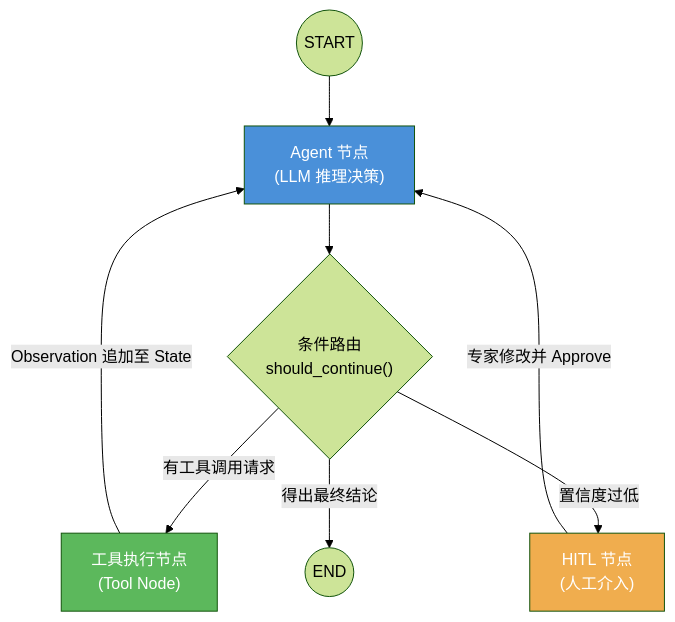
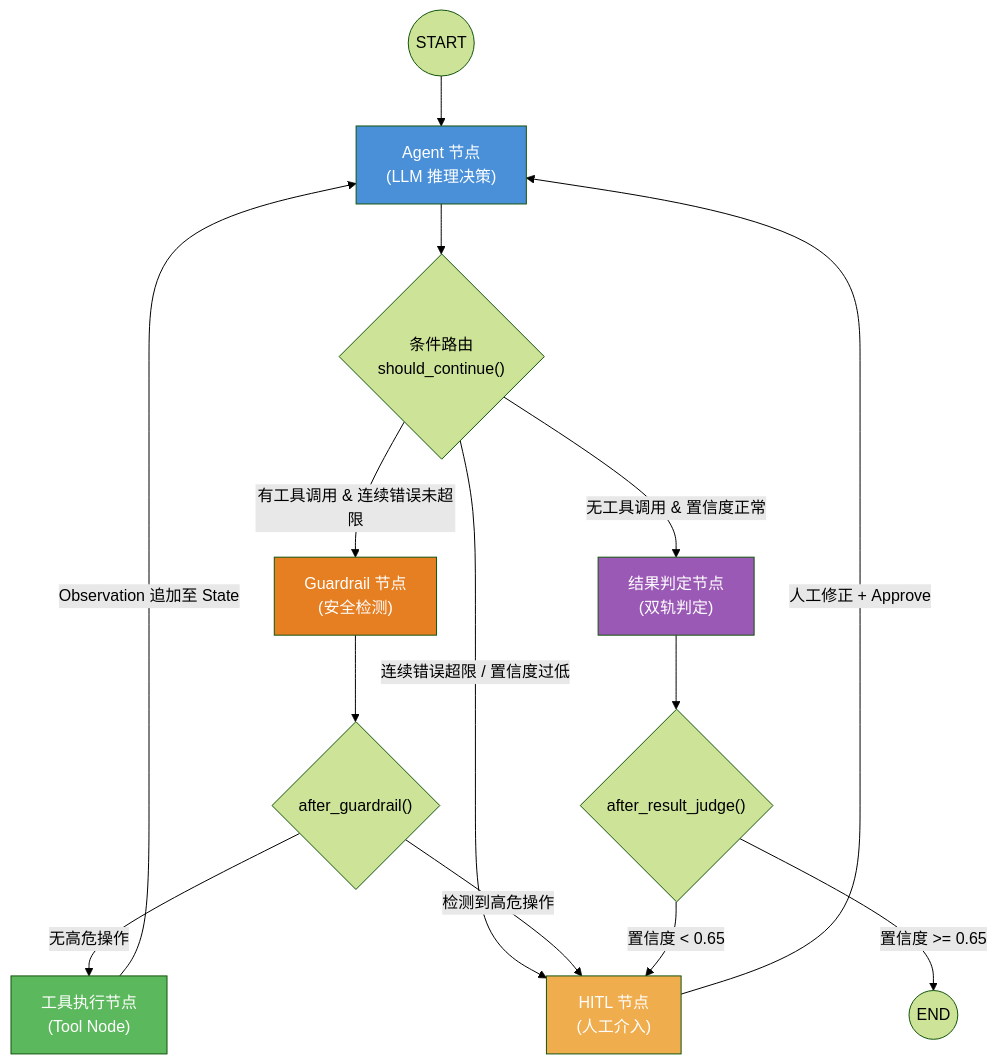
One commit to edwin98/Obsidian-Notes changed the diagram in Agent系统/00_Agent系统概要.md. Above: the diagram before and after it, drawn with Mermaid (forest theme). The commit also changed other lines of this file and 4 other files, not shown here.

````diff
--- a/Agent系统/00_Agent系统概要.md
+++ b/Agent系统/00_Agent系统概要.md
@@ -119,17 +158,27 @@
 ```mermaid
 graph TD
     START((START)) --> agent_node["Agent 节点\n(LLM 推理决策)"]
 
     agent_node --> router{"条件路由\nshould_continue()"}
 
-    router -- "有工具调用请求" --> tool_node["工具执行节点\n(Tool Node)"]
-    router -- "置信度过低" --> hitl_node["HITL 节点\n(人工介入)"]
-    router -- "得出最终结论" --> END((END))
+    router -- "有工具调用 & 连续错误未超限" --> guardrail_node["Guardrail 节点\n(安全检测)"]
+    router -- "无工具调用 & 置信度正常" --> result_judge_node["结果判定节点\n(双轨判定)"]
+    router -- "连续错误超限 / 置信度过低" --> hitl_node["HITL 节点\n(人工介入)"]
+
+    guardrail_node --> guard_router{"after_guardrail()"}
+    guard_router -- "无高危操作" --> tool_node["工具执行节点\n(Tool Node)"]
+    guard_router -- "检测到高危操作" --> hitl_node
 
     tool_node -- "Observation 追加至 State" --> agent_node
-    hitl_node -- "专家修改并 Approve" --> agent_node
+    hitl_node -- "人工修正 + Approve" --> agent_node
+
+    result_judge_node --> judge_router{"after_result_judge()"}
+    judge_router -- "置信度 >= 0.65" --> END((END))
+    judge_router -- "置信度 < 0.65" --> hitl_node
 
     style agent_node fill:#4a90d9,color:#fff
+    style guardrail_node fill:#e67e22,color:#fff
     style tool_node fill:#5cb85c,color:#fff
     style hitl_node fill:#f0ad4e,color:#fff
+    style result_judge_node fill:#9b59b6,color:#fff
 ```
````
